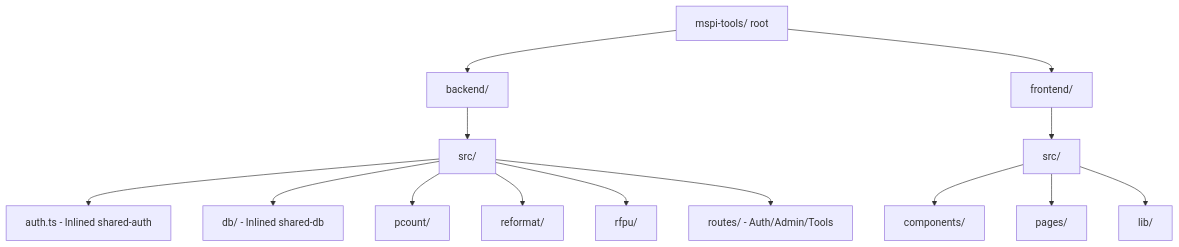
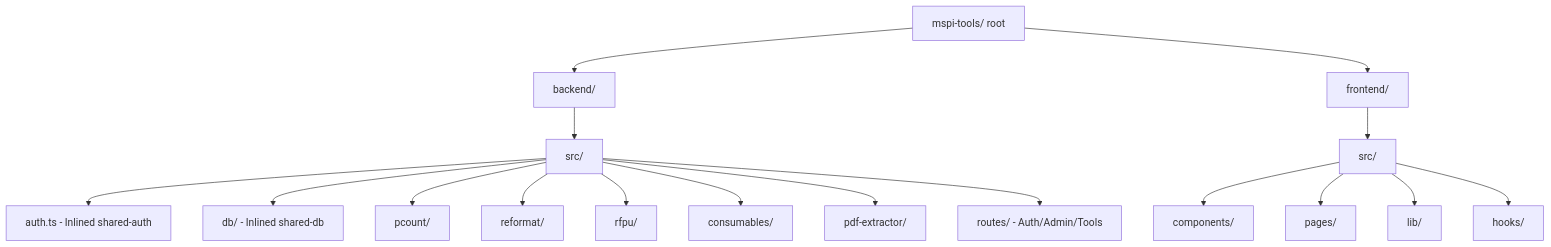
Before and after one commit to Karlpogi11/mspi-tools: the diagram in vault/Architecture Overview.md, drawn with Mermaid. The commit also changed other lines of this file and 30 other files, not shown here.

````diff
--- a/vault/Architecture Overview.md
+++ b/vault/Architecture Overview.md
@@ -11,18 +11,21 @@
 ```mermaid
 graph TD
     Root[mspi-tools/ root] --> Backend[backend/]
     Root --> Frontend[frontend/]
     
     Backend --> B_Src[src/]
     B_Src --> B_Auth[auth.ts - Inlined shared-auth]
     B_Src --> B_DB[db/ - Inlined shared-db]
     B_Src --> B_PCount[pcount/]
     B_Src --> B_Reformat[reformat/]
     B_Src --> B_RFPU[rfpu/]
+    B_Src --> B_Consumables[consumables/]
+    B_Src --> B_PdfExtractor[pdf-extractor/]
     B_Src --> B_Routes[routes/ - Auth/Admin/Tools]
     
     Frontend --> F_Src[src/]
     F_Src --> F_Components[components/]
     F_Src --> F_Pages[pages/]
     F_Src --> F_Lib[lib/]
+    F_Src --> F_Hooks[hooks/]
 ```
````
